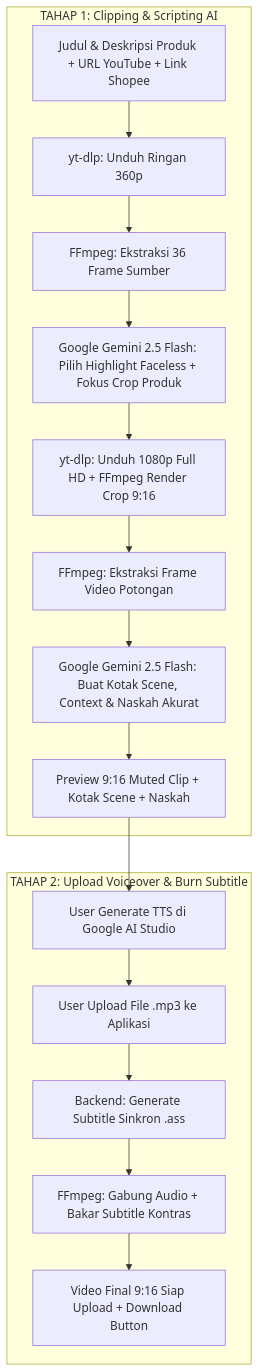
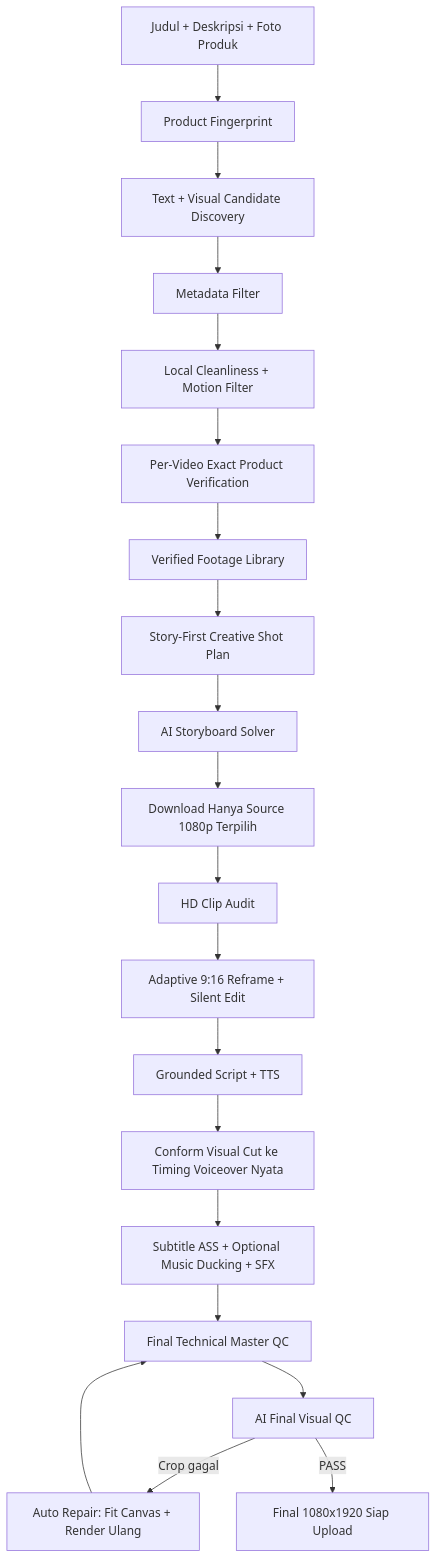
Before and after one commit to Zozodoank/clippervps: the diagram in README.md, drawn with Mermaid. The commit also changed other lines of this file, not shown here.

Commit message:
Document professional story-first clipper pipeline

````diff
--- a/README.md
+++ b/README.md
@@ -31,20 +31,22 @@
 ```mermaid
 flowchart TD
-    subgraph TAHAP 1: Clipping & Scripting AI
-        A[Judul & Deskripsi Produk + URL YouTube + Link Shopee] --> B[yt-dlp: Unduh Ringan 360p]
-        B --> C[FFmpeg: Ekstraksi 36 Frame Sumber]
-        C --> D[Google Gemini 2.5 Flash: Pilih Highlight Faceless + Fokus Crop Produk]
-        D --> E[yt-dlp: Unduh 1080p Full HD + FFmpeg Render Crop 9:16]
-        E --> F[FFmpeg: Ekstraksi Frame Video Potongan]
-        F --> G[Google Gemini 2.5 Flash: Buat Kotak Scene, Context & Naskah Akurat]
-        G --> H[Preview 9:16 Muted Clip + Kotak Scene + Naskah]
-    end
-
-    subgraph TAHAP 2: Upload Voiceover & Burn Subtitle
-        H --> I[User Generate TTS di Google AI Studio]
-        I --> J[User Upload File .mp3 ke Aplikasi]
-        J --> K[Backend: Generate Subtitle Sinkron .ass]
-        K --> L[FFmpeg: Gabung Audio + Bakar Subtitle Kontras]
-        L --> M[Video Final 9:16 Siap Upload + Download Button]
-    end
+    A[Judul + Deskripsi + Foto Produk] --> B[Product Fingerprint]
+    B --> C[Text + Visual Candidate Discovery]
+    C --> D[Metadata Filter]
+    D --> E[Local Cleanliness + Motion Filter]
+    E --> F[Per-Video Exact Product Verification]
+    F --> G[Verified Footage Library]
+    G --> H[Story-First Creative Shot Plan]
+    H --> I[AI Storyboard Solver]
+    I --> J[Download Hanya Source 1080p Terpilih]
+    J --> K[HD Clip Audit]
+    K --> L[Adaptive 9:16 Reframe + Silent Edit]
+    L --> M[Grounded Script + TTS]
+    M --> N[Conform Visual Cut ke Timing Voiceover Nyata]
+    N --> O[Subtitle ASS + Optional Music Ducking + SFX]
+    O --> P[Final Technical Master QC]
+    P --> Q[AI Final Visual QC]
+    Q -->|Crop gagal| R[Auto Repair: Fit Canvas + Render Ulang]
+    R --> P
+    Q -->|PASS| S[Final 1080x1920 Siap Upload]
 ```
````
